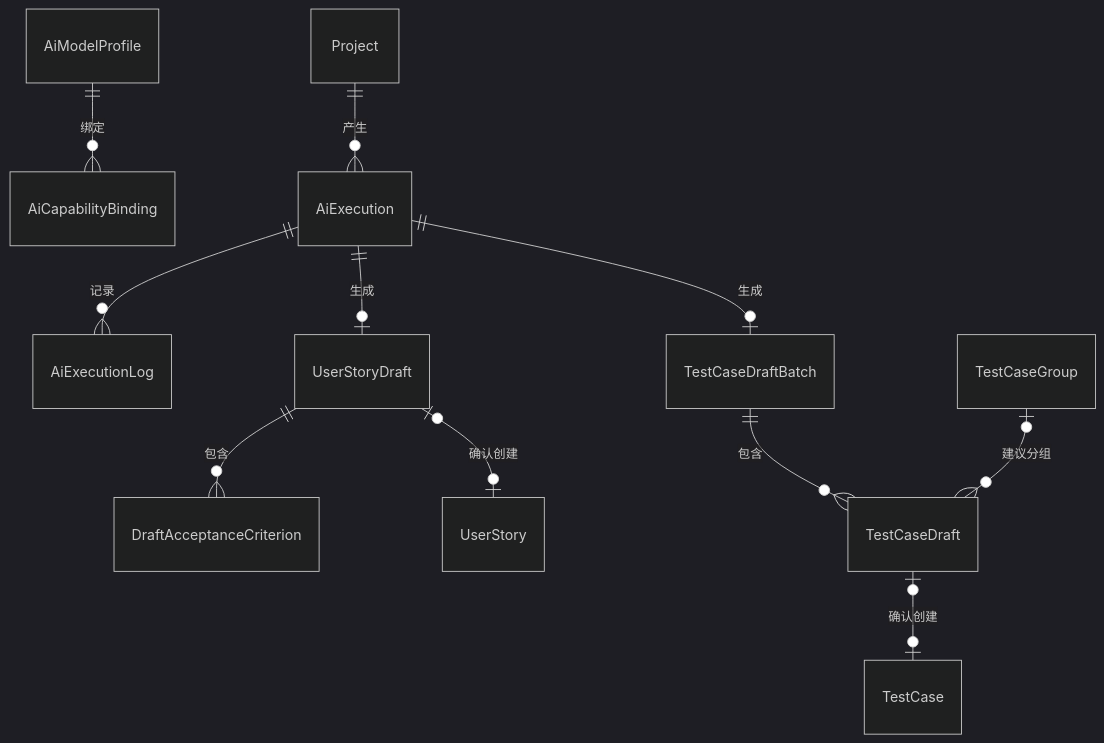
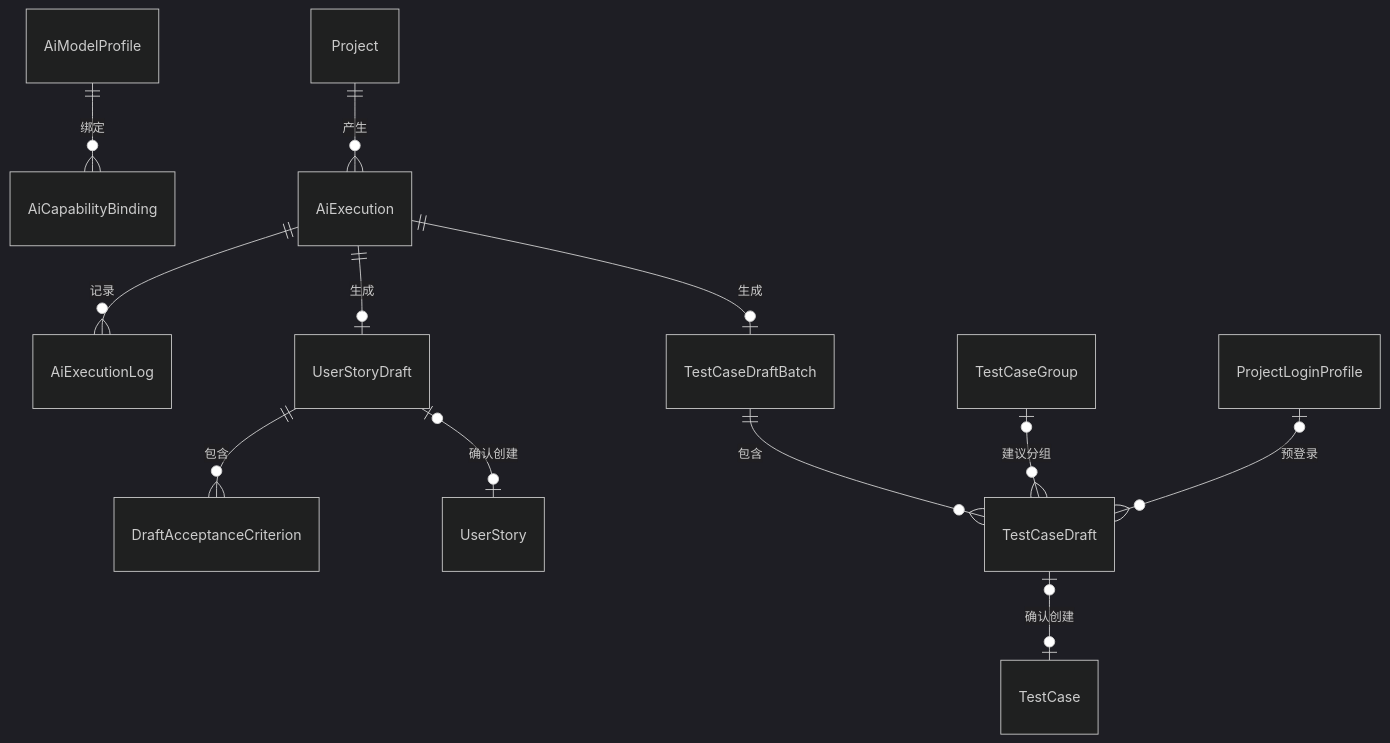
Before and after one commit to qianzgcn/spec-chain: the fifth of 10 diagrams in docs/代码架构与运行机制.md, drawn with Mermaid (dark theme). The commit also changed other lines of this file and 42 other files, not shown here.

````diff
--- a/docs/代码架构与运行机制.md
+++ b/docs/代码架构与运行机制.md
@@ -764,14 +773,15 @@
 ```mermaid
 erDiagram
   AiModelProfile ||--o{ AiCapabilityBinding : 绑定
   Project ||--o{ AiExecution : 产生
   AiExecution ||--o{ AiExecutionLog : 记录
   AiExecution ||--o| UserStoryDraft : 生成
   UserStoryDraft ||--o{ DraftAcceptanceCriterion : 包含
   UserStoryDraft o|--o| UserStory : 确认创建
 
   AiExecution ||--o| TestCaseDraftBatch : 生成
   TestCaseDraftBatch ||--o{ TestCaseDraft : 包含
   TestCaseDraft o|--o| TestCase : 确认创建
   TestCaseGroup o|--o{ TestCaseDraft : 建议分组
+  ProjectLoginProfile o|--o{ TestCaseDraft : 预登录
 ```
````
